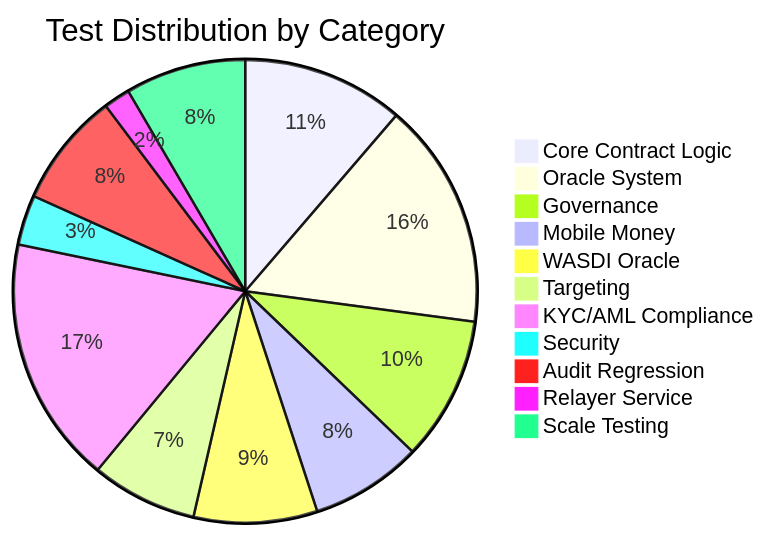
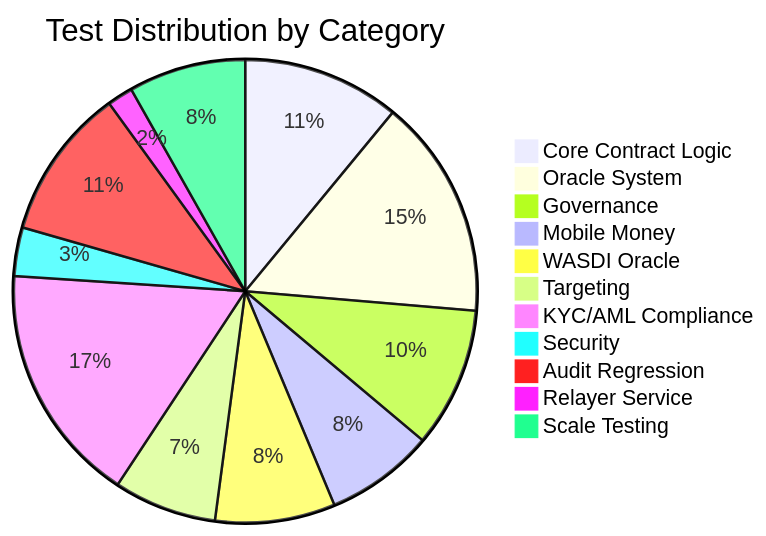
One commit to loxadim/flood-prediction-smart-contract changed the diagram in docs/SMART_CONTRACT_TEST_RESULTS.md. Above: the diagram before and after it, drawn with Mermaid. The commit also changed other lines of this file and 24 other files, not shown here.

````diff
--- a/docs/SMART_CONTRACT_TEST_RESULTS.md
+++ b/docs/SMART_CONTRACT_TEST_RESULTS.md
@@ -97,14 +98,14 @@
 ```mermaid
 pie title Test Distribution by Category
     "Core Contract Logic" : 55
     "Oracle System" : 77
     "Governance" : 49
     "Mobile Money" : 38
     "WASDI Oracle" : 42
     "Targeting" : 36
     "KYC/AML Compliance" : 84
     "Security" : 17
-    "Audit Regression" : 39
+    "Audit Regression" : 53
     "Relayer Service" : 9
     "Scale Testing" : 41
 ```
````
